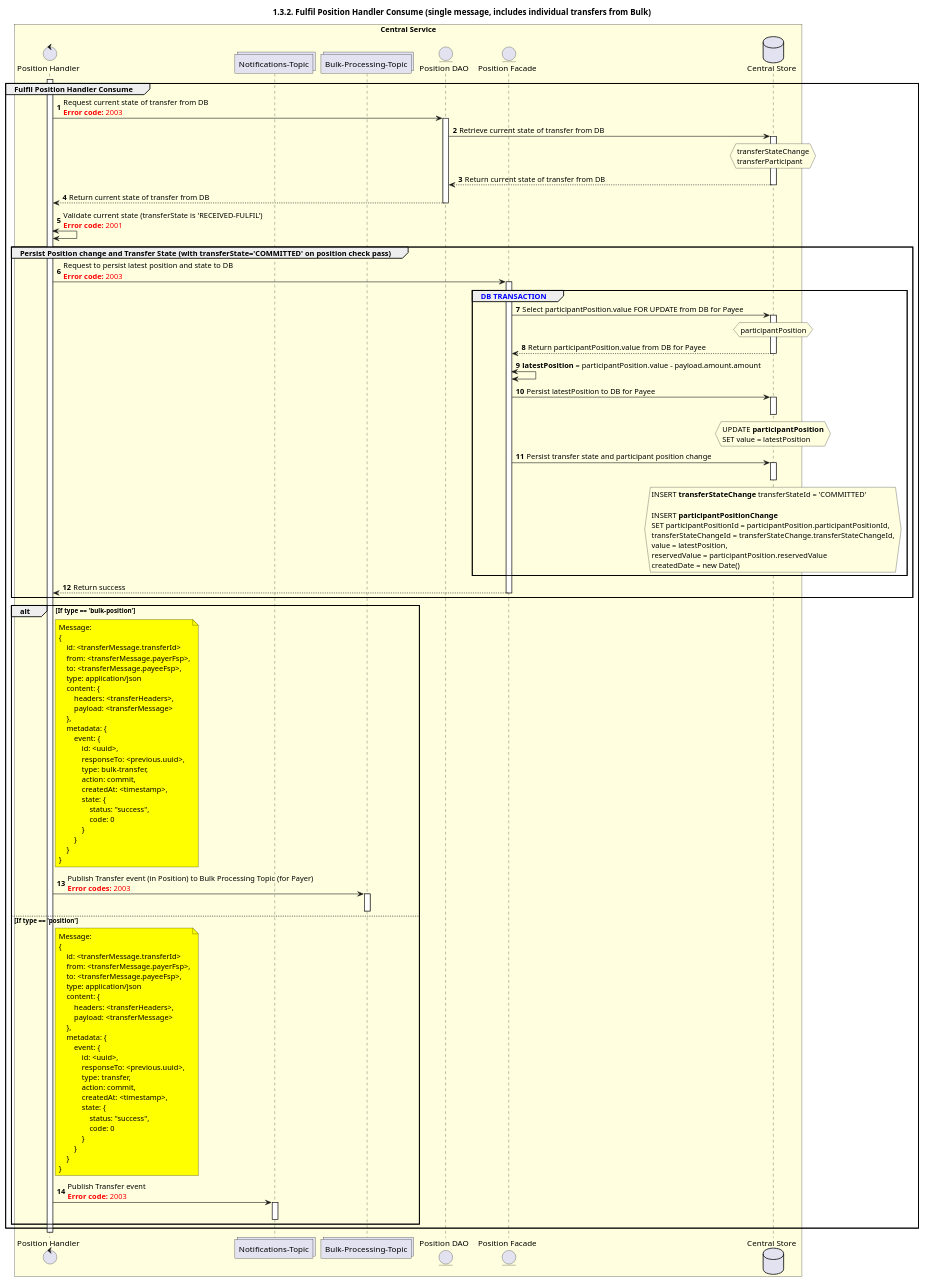
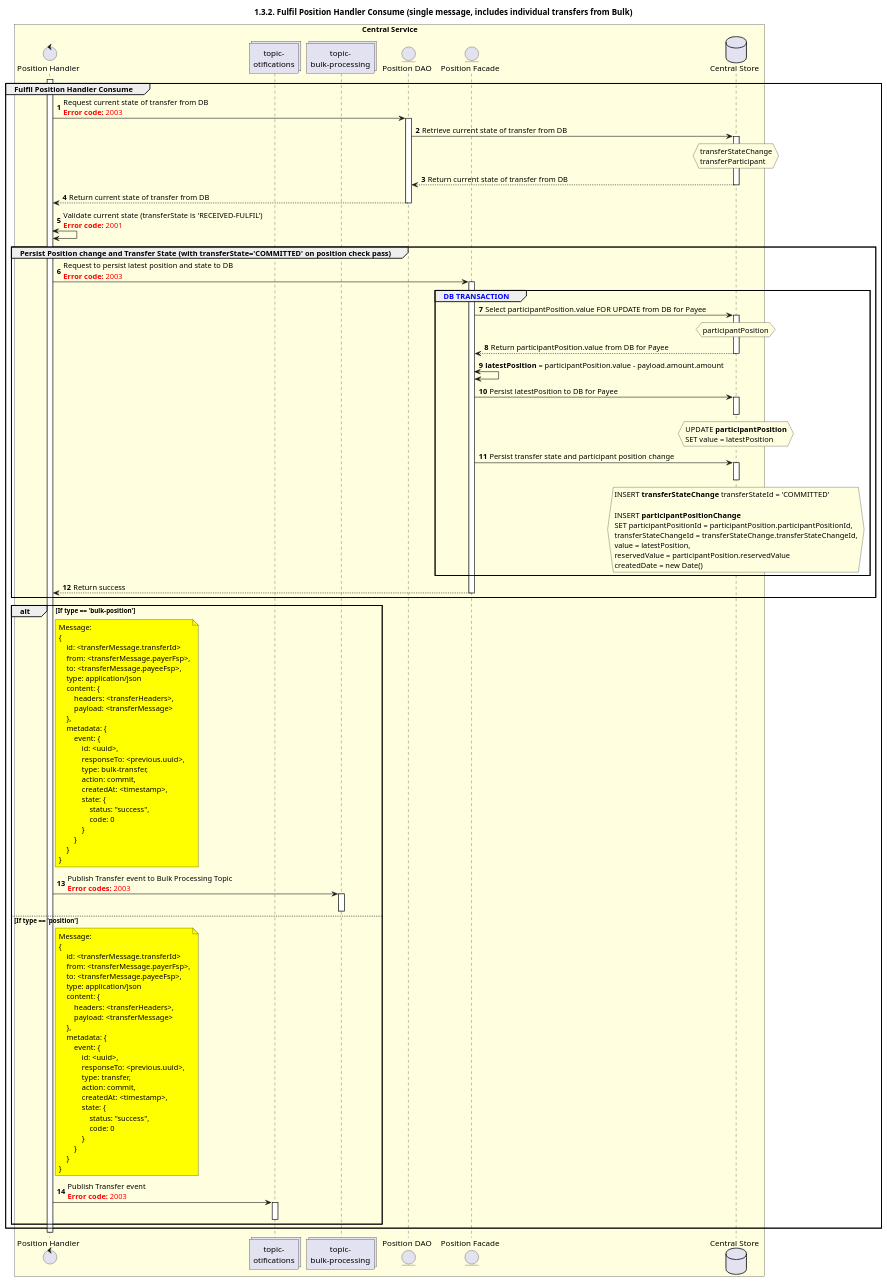
One commit to mojaloop/documentation changed the diagram in mojaloop-technical-overview/central-bulk-transfers/assets/diagrams/sequence/seq-position-1.3.2-fulfil.plantuml. Above: the diagram before and after it, drawn with PlantUML. The commit also changed 3 other files, not shown here.

Commit message:
Updating the position diagrams for bulk (after initial review)

```diff
--- a/mojaloop-technical-overview/central-bulk-transfers/assets/diagrams/sequence/seq-position-1.3.2-fulfil.plantuml
+++ b/mojaloop-technical-overview/central-bulk-transfers/assets/diagrams/sequence/seq-position-1.3.2-fulfil.plantuml
@@ -28,149 +28,149 @@
 @startuml
 ' declate title
 title 1.3.2. Fulfil Position Handler Consume (single message, includes individual transfers from Bulk)
 
 autonumber
 
 ' Actor Keys:
 '   boundary - APIs/Interfaces, etc
 '   collections - Kafka Topics
 '   control - Kafka Consumers
 '   entity - Database Access Objects
 '   database - Database Persistence Store
 
 ' declare actors
 control "Position Handler" as POS_HANDLER
-collections "Notifications-Topic" as TOPIC_NOTIFICATIONS
-collections "Bulk-Processing-Topic" as TOPIC_BULK_PROCESSING
+collections "topic-\notifications" as TOPIC_NOTIFICATIONS
+collections "topic-\nbulk-processing" as TOPIC_BULK_PROCESSING
 entity "Position Facade" as POS_FACADE
 entity "Position DAO" as POS_DAO
 database "Central Store" as DB
 
 box "Central Service" #LightYellow
     participant POS_HANDLER
     participant TOPIC_NOTIFICATIONS
     participant TOPIC_BULK_PROCESSING
     participant POS_DAO
     participant POS_FACADE
     participant DB
 end box
 
 ' start flow
 activate POS_HANDLER
 group Fulfil Position Handler Consume
     POS_HANDLER -> POS_DAO: Request current state of transfer from DB \n<color #FF0000><b>Error code:</b> 2003</color>
     activate POS_DAO
     POS_DAO -> DB: Retrieve current state of transfer from DB
     activate DB
     hnote over DB #lightyellow
         transferStateChange
         transferParticipant
     end note
     DB --> POS_DAO: Return current state of transfer from DB
     deactivate DB
     POS_DAO --> POS_HANDLER: Return current state of transfer from DB
     deactivate POS_DAO
     POS_HANDLER <-> POS_HANDLER: Validate current state (transferState is 'RECEIVED-FULFIL')\n<color #FF0000><b>Error code:</b> 2001</color>
     group Persist Position change and Transfer State (with transferState='COMMITTED' on position check pass)
         POS_HANDLER -> POS_FACADE: Request to persist latest position and state to DB\n<color #FF0000><b>Error code:</b> 2003</color>
         group <color #blue>DB TRANSACTION</color>
             activate POS_FACADE
             POS_FACADE -> DB: Select participantPosition.value FOR UPDATE from DB for Payee
             activate DB
             hnote over DB #lightyellow
                 participantPosition
             end note
             DB --> POS_FACADE: Return participantPosition.value from DB for Payee
             deactivate DB
             POS_FACADE <-> POS_FACADE: **latestPosition** = participantPosition.value - payload.amount.amount
             POS_FACADE->DB: Persist latestPosition to DB for Payee
             hnote over DB #lightyellow
                 UPDATE **participantPosition**
                 SET value = latestPosition
             end note
             activate DB
             deactivate DB
             POS_FACADE -> DB: Persist transfer state and participant position change
             hnote over DB #lightyellow
                     INSERT **transferStateChange** transferStateId = 'COMMITTED'
 
                     INSERT **participantPositionChange**
                     SET participantPositionId = participantPosition.participantPositionId,
                     transferStateChangeId = transferStateChange.transferStateChangeId,
                     value = latestPosition,
                     reservedValue = participantPosition.reservedValue
                     createdDate = new Date()
             end note
             activate DB
             deactivate DB
             deactivate POS_DAO
         end
         POS_FACADE --> POS_HANDLER: Return success
         deactivate POS_FACADE
     end
 
     alt If type == 'bulk-position'
         note right of POS_HANDLER #yellow
         Message:
         {
             id: <transferMessage.transferId>
             from: <transferMessage.payerFsp>,
             to: <transferMessage.payeeFsp>,
             type: application/json
             content: {
                 headers: <transferHeaders>,
                 payload: <transferMessage>
             },
             metadata: {
                 event: {
                     id: <uuid>,
                     responseTo: <previous.uuid>,
                     type: bulk-transfer,
                     action: commit,
                     createdAt: <timestamp>,
                     state: {
                         status: "success",
                         code: 0
                     }
                 }
             }
         }
         end note
-        POS_HANDLER -> TOPIC_BULK_PROCESSING: Publish Transfer event (in Position) to Bulk Processing Topic (for Payer) \n<color #FF0000><b>Error codes:</b> 2003</color>
+        POS_HANDLER -> TOPIC_BULK_PROCESSING: Publish Transfer event to Bulk Processing Topic\n<color #FF0000><b>Error codes:</b> 2003</color>
         activate TOPIC_BULK_PROCESSING
         deactivate TOPIC_BULK_PROCESSING
     else If type == 'position'
         note right of POS_HANDLER #yellow
         Message:
         {
             id: <transferMessage.transferId>
             from: <transferMessage.payerFsp>,
             to: <transferMessage.payeeFsp>,
             type: application/json
             content: {
                 headers: <transferHeaders>,
                 payload: <transferMessage>
             },
             metadata: {
                 event: {
                     id: <uuid>,
                     responseTo: <previous.uuid>,
                     type: transfer,
                     action: commit,
                     createdAt: <timestamp>,
                     state: {
                         status: "success",
                         code: 0
                     }
                 }
             }
         }
         end note
         POS_HANDLER -> TOPIC_NOTIFICATIONS: Publish Transfer event\n<color #FF0000><b>Error code:</b> 2003</color>
         activate TOPIC_NOTIFICATIONS
         deactivate TOPIC_NOTIFICATIONS
     end
 
 end
 deactivate POS_HANDLER
 @enduml
```
